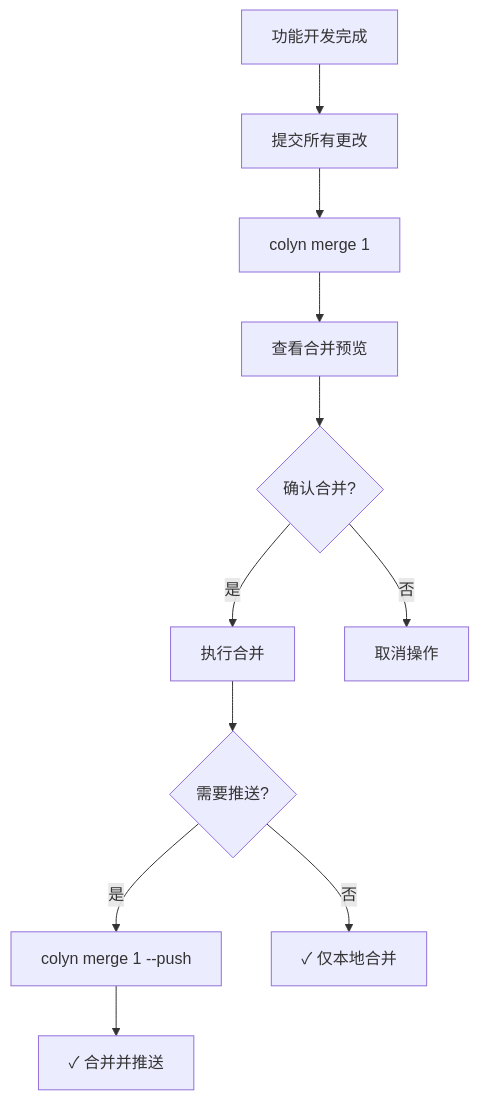
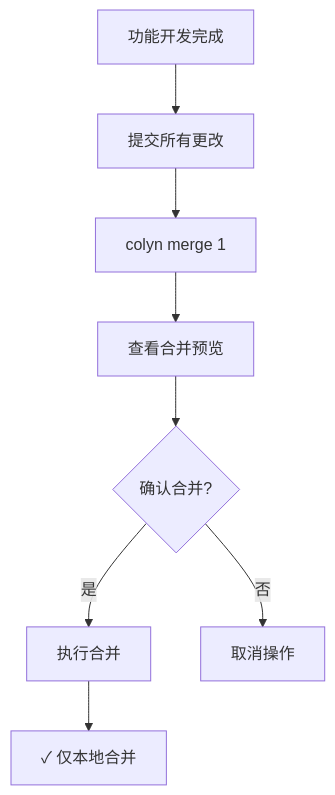
One commit to colin-han/colyn changed the third of 5 diagrams in docs/zh-CN/develop/requirement/requirement.md. Above: the diagram before and after it, drawn with Mermaid. The commit also changed other lines of this file and 39 other files, not shown here.

````diff
--- a/docs/zh-CN/develop/requirement/requirement.md
+++ b/docs/zh-CN/develop/requirement/requirement.md
@@ -199,13 +199,10 @@
 ```mermaid
 graph TD
     A[功能开发完成] --> B[提交所有更改]
     B --> C[colyn merge 1]
     C --> D[查看合并预览]
     D --> E{确认合并?}
     E -->|是| F[执行合并]
     E -->|否| G[取消操作]
-    F --> H{需要推送?}
-    H -->|是| I[colyn merge 1 --push]
-    H -->|否| J[✓ 仅本地合并]
-    I --> K[✓ 合并并推送]
+    F --> J[✓ 仅本地合并]
 ```
````
